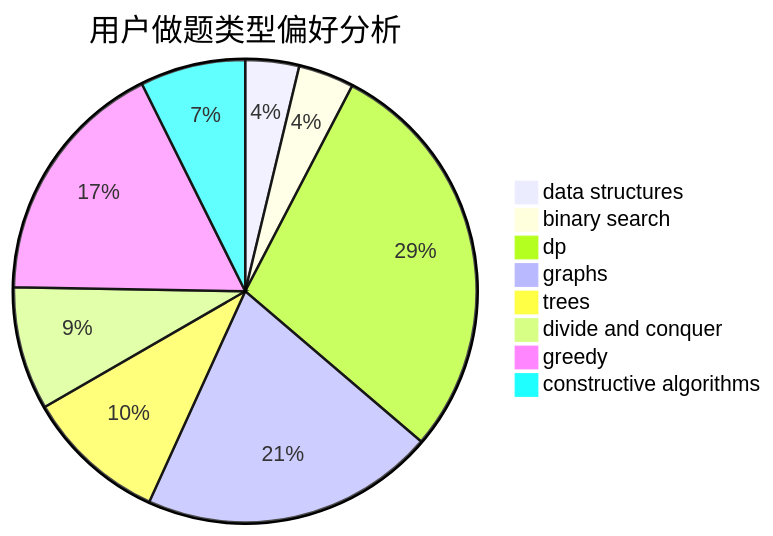
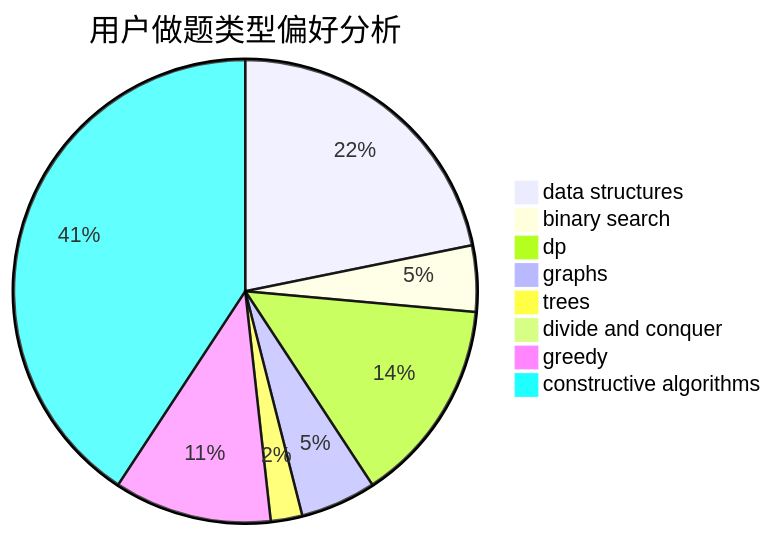
The second of 3 diagrams in docs/user/u180.md (sherpahu/cfrs.github.io), drawn with Mermaid before and after one commit. The commit also changed other lines of this file and 2770 other files, not shown here.

````diff
--- a/docs/user/u180.md
+++ b/docs/user/u180.md
@@ -23,11 +23,11 @@
 ```mermaid
 pie title 用户做题类型偏好分析
-    "data structures" :  27
-    "binary search" :  28
-    "dp" :  206
-    "graphs" :  148
-    "trees" :  71
-    "divide and conquer" :  62
-    "greedy" :  125
-    "constructive algorithms" :  53
+    "data structures" :  99
+    "binary search" :  21
+    "dp" :  65
+    "graphs" :  24
+    "trees" :  10
+    "divide and conquer" :  0
+    "greedy" :  50
+    "constructive algorithms" :  185
 ```
````
